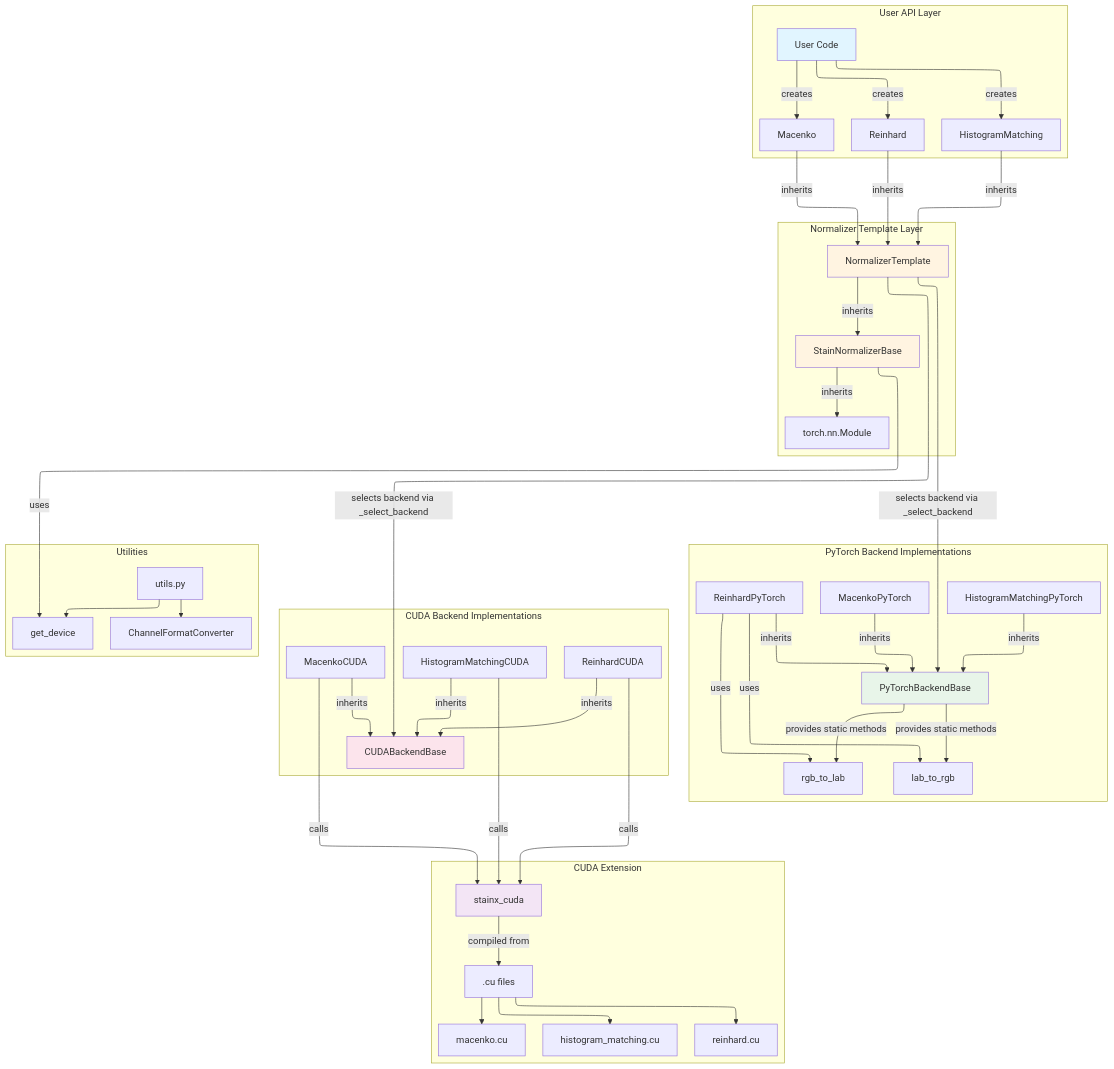
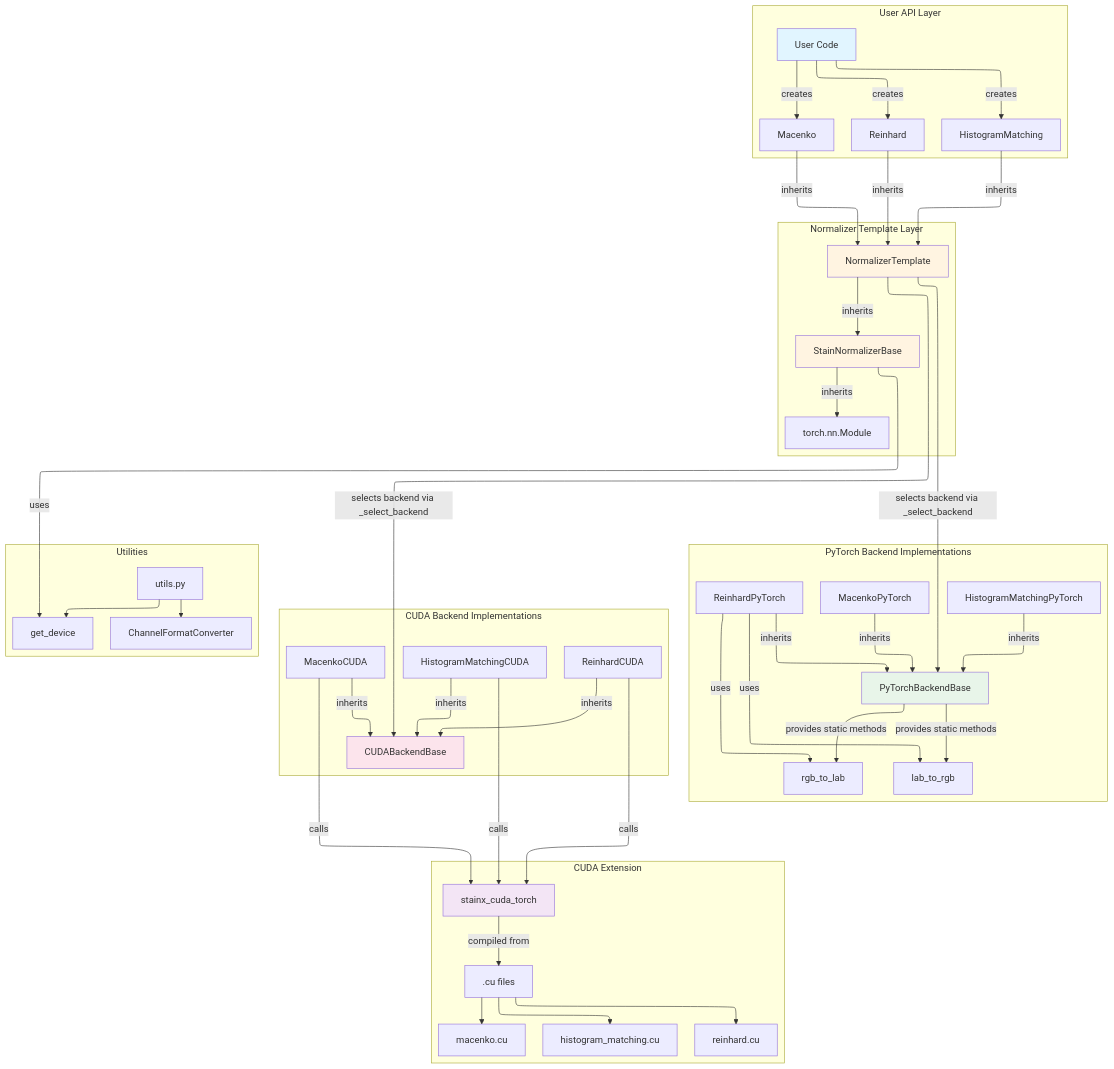
Before and after one commit to rendeirolab/stainx: the diagram in CONTRIBUTING.md, drawn with Mermaid. The commit also changed other lines of this file and 16 other files, not shown here.

Commit message:
Renamed `stainx_cuda` to `stainx_cuda_torch`

````diff
--- a/CONTRIBUTING.md
+++ b/CONTRIBUTING.md
@@ -7,73 +7,73 @@
 ```mermaid
 ---
 config:
   layout: elk
 ---
 flowchart TB
  subgraph subGraph0["User API Layer"]
         User["User Code"]
         HM["HistogramMatching"]
         RE["Reinhard"]
         MA["Macenko"]
   end
  subgraph subGraph1["Normalizer Template Layer"]
         NT["NormalizerTemplate"]
         SNB["StainNormalizerBase"]
         nn.Module["torch.nn.Module"]
   end
  subgraph subGraph4["PyTorch Backend Implementations"]
         PTBB["PyTorchBackendBase"]
         HMPT["HistogramMatchingPyTorch"]
         REPT["ReinhardPyTorch"]
         MAPT["MacenkoPyTorch"]
         RGB2LAB["rgb_to_lab"]
         LAB2RGB["lab_to_rgb"]
   end
  subgraph subGraph5["CUDA Backend Implementations"]
         CUBB["CUDABackendBase"]
         HMCU["HistogramMatchingCUDA"]
         RECU["ReinhardCUDA"]
         MACU["MacenkoCUDA"]
   end
  subgraph subGraph6["CUDA Extension"]
-        SC["stainx_cuda"]
+        SC["stainx_cuda_torch"]
         CU[".cu files"]
         HM_CU["histogram_matching.cu"]
         RE_CU["reinhard.cu"]
         MA_CU["macenko.cu"]
   end
  subgraph Utilities["Utilities"]
         UTILS["utils.py"]
         GD["get_device"]
         CFC["ChannelFormatConverter"]
   end
     NT -- inherits --> SNB
     SNB -- inherits --> nn.Module
     HM -- inherits --> NT
     RE -- inherits --> NT
     MA -- inherits --> NT
     NT -- selects backend via _select_backend --> PTBB
     NT -- selects backend via _select_backend --> CUBB
     HMPT -- inherits --> PTBB
     REPT -- inherits --> PTBB
     MAPT -- inherits --> PTBB
     PTBB -- provides static methods --> RGB2LAB & LAB2RGB
     HMCU -- inherits --> CUBB
     RECU -- inherits --> CUBB
     MACU -- inherits --> CUBB
     HMCU -- calls --> SC
     RECU -- calls --> SC
     MACU -- calls --> SC
     SC -- compiled from --> CU
     CU --> HM_CU & RE_CU & MA_CU
     UTILS --> GD & CFC
     REPT -- uses --> RGB2LAB & LAB2RGB
     SNB -- uses --> GD
     User -- creates --> HM & RE & MA
     style User fill:#e1f5ff
     style NT fill:#fff4e1
     style SNB fill:#fff4e1
     style PTBB fill:#e8f5e9
     style CUBB fill:#fce4ec
     style SC fill:#f3e5f5
 ```
````
